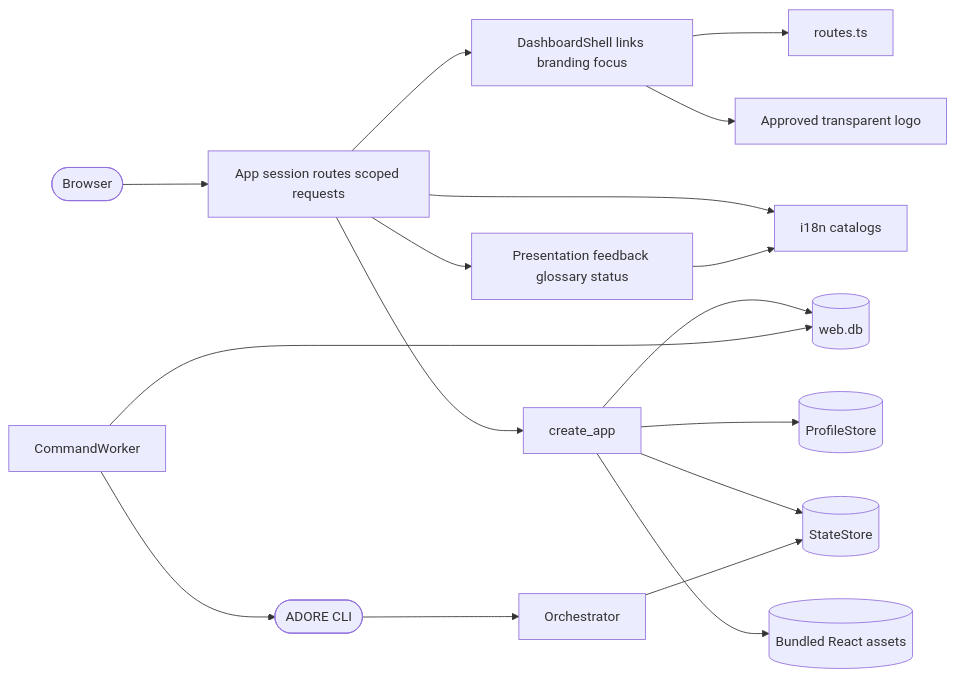
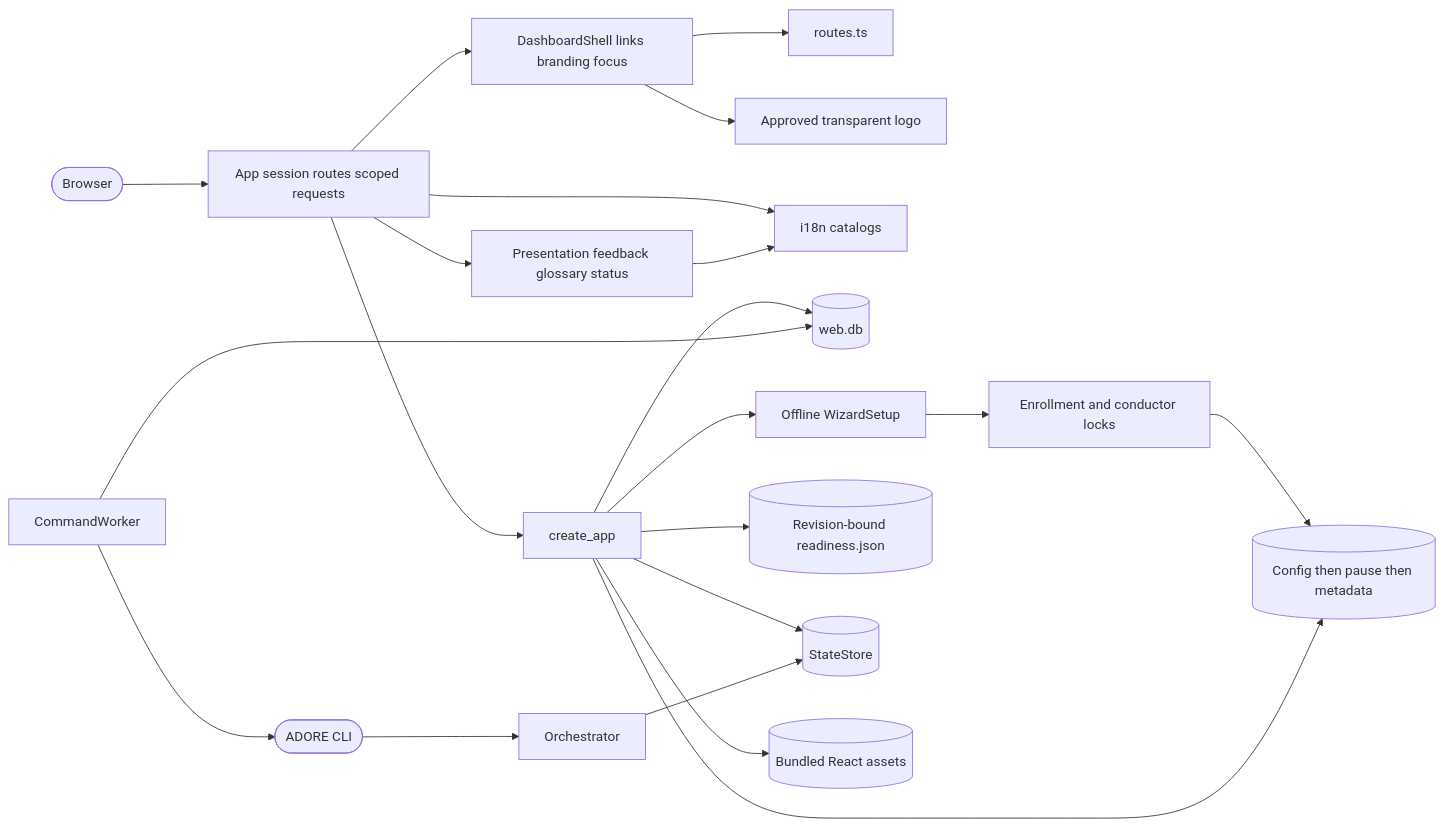
The diagram in .agentic/knowledge/web-interface.md (DDP-Engineering/AgenticDeliveryOrchestratorRuntimeEngine), drawn with Mermaid before and after one commit. The commit also changed other lines of this file and 23 other files, not shown here.

````diff
--- a/.agentic/knowledge/web-interface.md
+++ b/.agentic/knowledge/web-interface.md
@@ -266,19 +282,23 @@
 ```mermaid
 flowchart LR
     browser([Browser]) --> App[App session routes scoped requests]
     App --> DashboardShell[DashboardShell links branding focus]
     App --> Presentation[Presentation feedback glossary status]
     DashboardShell --> routes[routes.ts]
     DashboardShell --> logo[Approved transparent logo]
     App --> i18n[i18n catalogs]
     Presentation --> i18n
     App --> api[create_app]
     api --> identity[(web.db)]
-    api --> profiles[(ProfileStore)]
+    api --> preparation[Offline WizardSetup]
+    preparation --> publication[Enrollment and conductor locks]
+    publication --> profiles[(Config then pause then metadata)]
+    api --> profiles
+    api --> verification[(Revision-bound readiness.json)]
     api --> state[(StateStore)]
     api --> assets[(Bundled React assets)]
     worker[CommandWorker] --> identity
     worker --> cli([ADORE CLI])
     cli --> conductor[Orchestrator]
     conductor --> state
 ```
````
